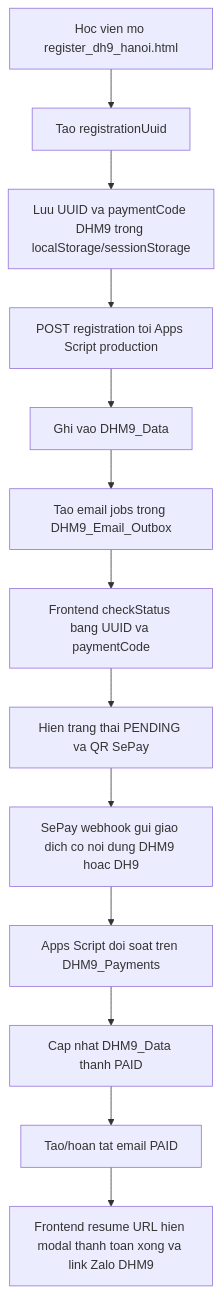
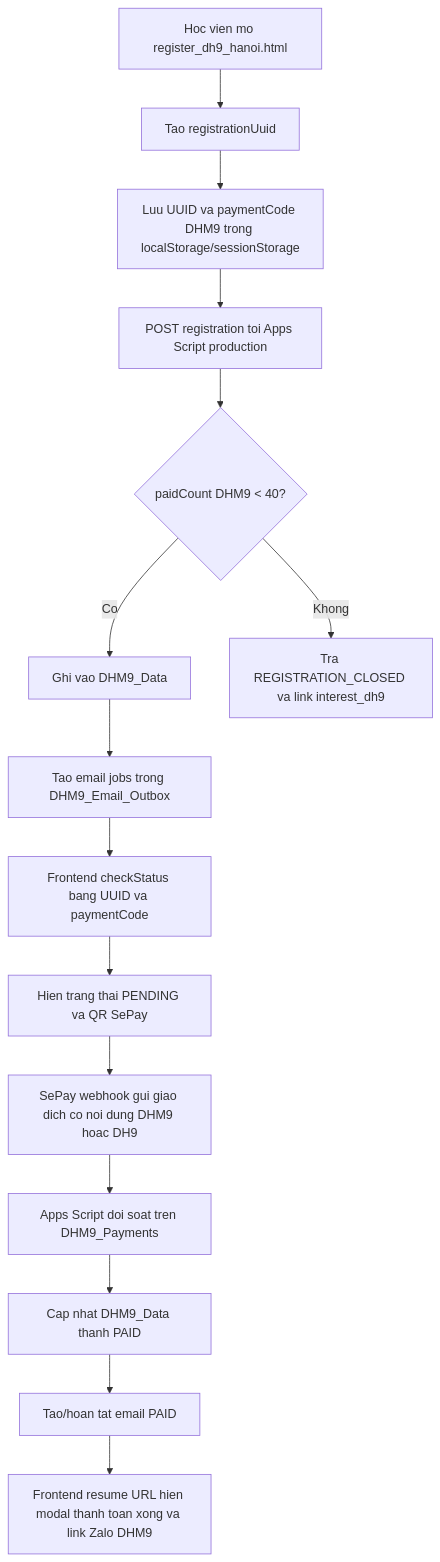
One commit to culturecodefeedforward/DeliveringHappiness changed the diagram in docs/DHM9_REGISTRATION_PAYMENT_WORKFLOW.md. Above: the diagram before and after it, drawn with Mermaid. The commit also changed other lines of this file and 86 other files, not shown here.

````diff
--- a/docs/DHM9_REGISTRATION_PAYMENT_WORKFLOW.md
+++ b/docs/DHM9_REGISTRATION_PAYMENT_WORKFLOW.md
@@ -86,15 +86,17 @@
 ```mermaid
 flowchart TD
     A[Hoc vien mo register_dh9_hanoi.html] --> B[Tao registrationUuid]
     B --> C[Luu UUID va paymentCode DHM9 trong localStorage/sessionStorage]
     C --> D[POST registration toi Apps Script production]
-    D --> E[Ghi vao DHM9_Data]
-    E --> F[Tao email jobs trong DHM9_Email_Outbox]
-    F --> G[Frontend checkStatus bang UUID va paymentCode]
-    G --> H[Hien trang thai PENDING va QR SePay]
-    H --> I[SePay webhook gui giao dich co noi dung DHM9 hoac DH9]
-    I --> J[Apps Script doi soat tren DHM9_Payments]
-    J --> K[Cap nhat DHM9_Data thanh PAID]
-    K --> L[Tao/hoan tat email PAID]
-    L --> M[Frontend resume URL hien modal thanh toan xong va link Zalo DHM9]
+    D --> E{paidCount DHM9 < 40?}
+    E -->|Co| F[Ghi vao DHM9_Data]
+    E -->|Khong| X[Tra REGISTRATION_CLOSED va link interest_dh9]
+    F --> G[Tao email jobs trong DHM9_Email_Outbox]
+    G --> H[Frontend checkStatus bang UUID va paymentCode]
+    H --> I[Hien trang thai PENDING va QR SePay]
+    I --> J[SePay webhook gui giao dich co noi dung DHM9 hoac DH9]
+    J --> K[Apps Script doi soat tren DHM9_Payments]
+    K --> L[Cap nhat DHM9_Data thanh PAID]
+    L --> M[Tao/hoan tat email PAID]
+    M --> N[Frontend resume URL hien modal thanh toan xong va link Zalo DHM9]
 ```
````
